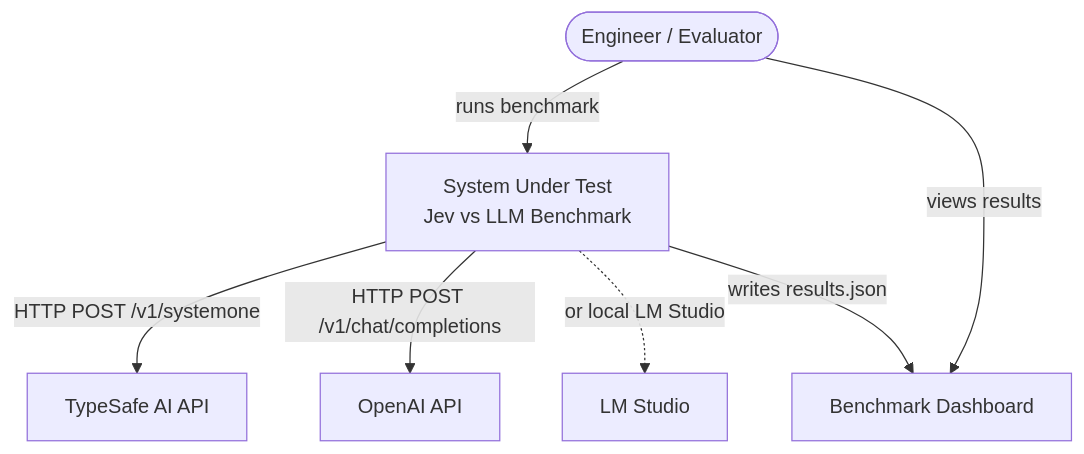
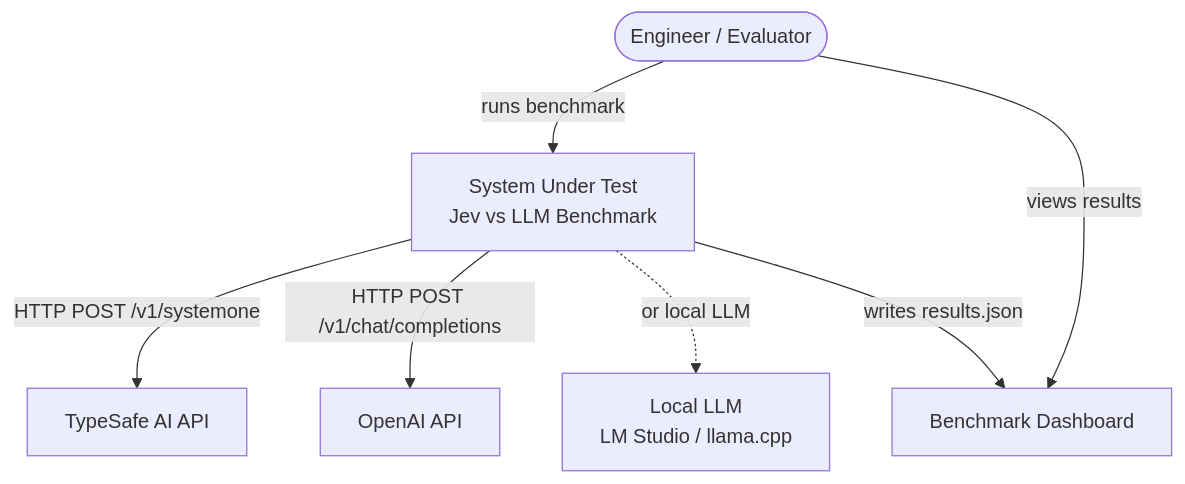
The first of 4 diagrams in docs/c4-model.md (Chronona/jev-llm-benchmark), drawn with Mermaid before and after one commit. The commit also changed other lines of this file and 2 other files, not shown here.

````diff
--- a/docs/c4-model.md
+++ b/docs/c4-model.md
@@ -7,16 +7,16 @@
 ```mermaid
 flowchart TB
     User([Engineer / Evaluator])
     Bench[System Under Test<br/>Jev vs LLM Benchmark]
     TypeSafe[TypeSafe AI API]
     OpenAI[OpenAI API]
-    LMStudio[LM Studio]
+    LocalLLM[Local LLM<br/>LM Studio / llama.cpp]
     Dashboard[Benchmark Dashboard]
 
     User -->|runs benchmark| Bench
     User -->|views results| Dashboard
     Bench -->|HTTP POST /v1/systemone| TypeSafe
     Bench -->|HTTP POST /v1/chat/completions| OpenAI
-    Bench -.->|or local LM Studio| LMStudio
+    Bench -.->|or local LLM| LocalLLM
     Bench -->|writes results.json| Dashboard
 ```
````
